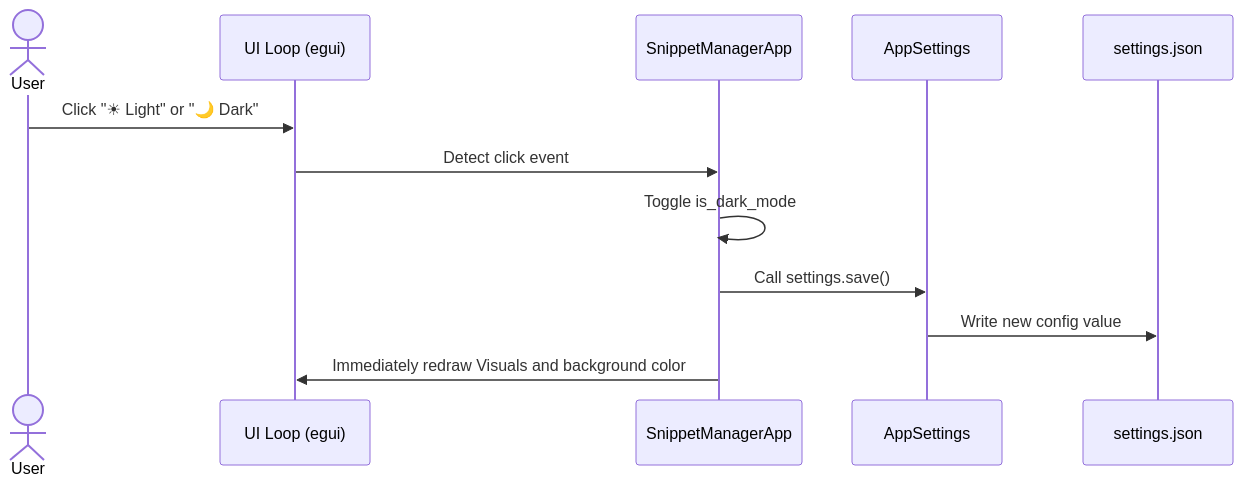
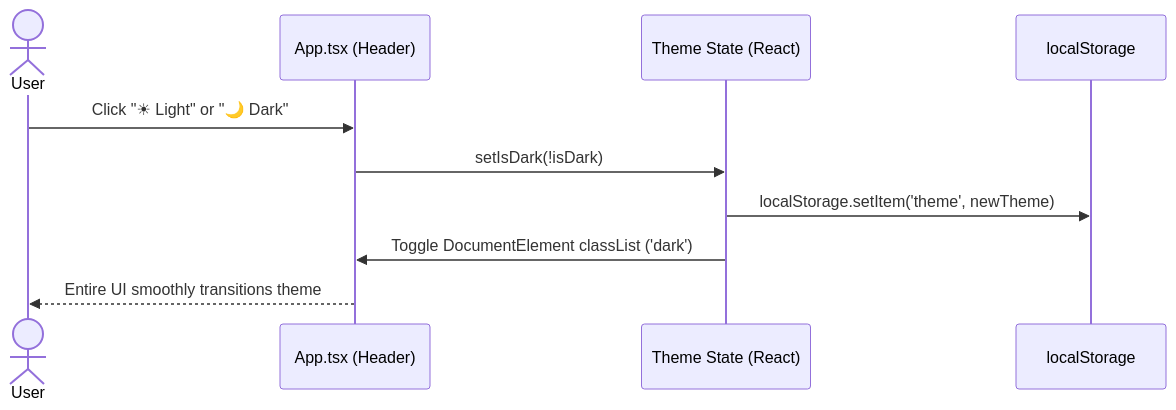
One commit to tkshnkgwr/SnippetFlow changed the fourth of 6 diagrams in docs/en/DIAGRAM.md. Above: the diagram before and after it, drawn with Mermaid. The commit also changed other lines of this file and 34 other files, not shown here.

````diff
--- a/docs/en/DIAGRAM.md
+++ b/docs/en/DIAGRAM.md
@@ -145,15 +142,13 @@
 ```mermaid
 sequenceDiagram
     actor User
-    participant UI as UI Loop (egui)
-    participant App as SnippetManagerApp
-    participant Settings as AppSettings
-    participant JSON as settings.json
+    participant UI as App.tsx (Header)
+    participant State as Theme State (React)
+    participant Storage as localStorage
 
     User->>UI: Click "☀ Light" or "🌙 Dark"
-    UI->>App: Detect click event
-    App->>App: Toggle is_dark_mode
-    App->>Settings: Call settings.save()
-    Settings->>JSON: Write new config value
-    App->>UI: Immediately redraw Visuals and background color
+    UI->>State: setIsDark(!isDark)
+    State->>Storage: localStorage.setItem('theme', newTheme)
+    State->>UI: Toggle DocumentElement classList ('dark')
+    UI-->>User: Entire UI smoothly transitions theme
 ```
````
